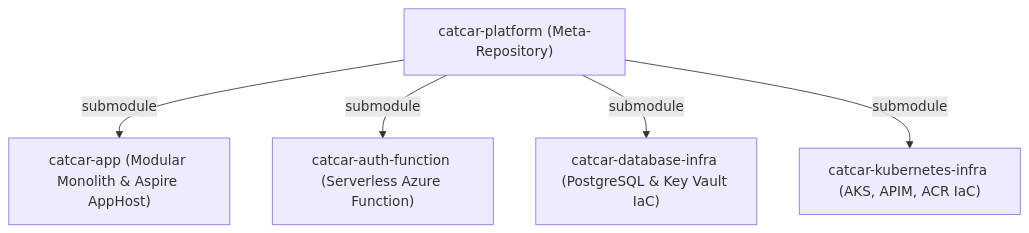
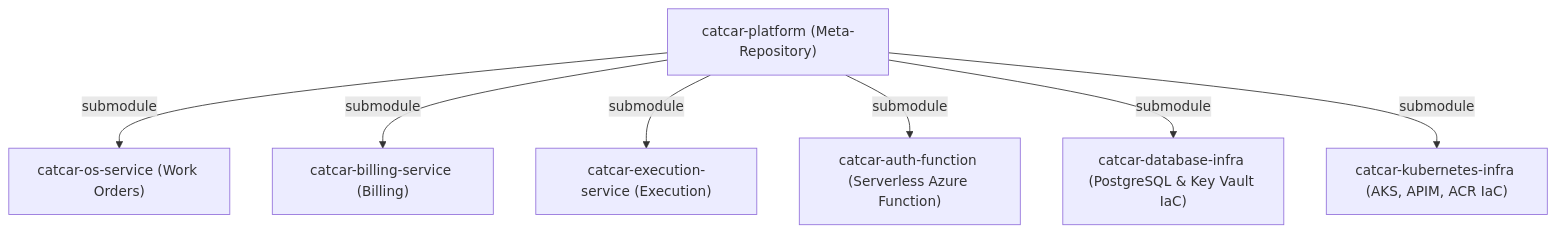
One commit to RiseOn-CatCar/catcar-platform changed the diagram in AGENTS.md. Above: the diagram before and after it, drawn with Mermaid. The commit also changed other lines of this file and 21 other files, not shown here.

First line of the commit message:
feat(fase-4): platform AppHost, six-component CI and microservice topology

````diff
--- a/AGENTS.md
+++ b/AGENTS.md
@@ -19,8 +19,10 @@
 ```mermaid
 flowchart TD
     Platform["catcar-platform (Meta-Repository)"]
-    Platform -->|submodule| App["catcar-app (Modular Monolith & Aspire AppHost)"]
+    Platform -->|submodule| App["catcar-os-service (Work Orders)"]
+    Platform -->|submodule| Billing["catcar-billing-service (Billing)"]
+    Platform -->|submodule| Execution["catcar-execution-service (Execution)"]
     Platform -->|submodule| Auth["catcar-auth-function (Serverless Azure Function)"]
     Platform -->|submodule| DB["catcar-database-infra (PostgreSQL & Key Vault IaC)"]
     Platform -->|submodule| K8s["catcar-kubernetes-infra (AKS, APIM, ACR IaC)"]
 ```
````
